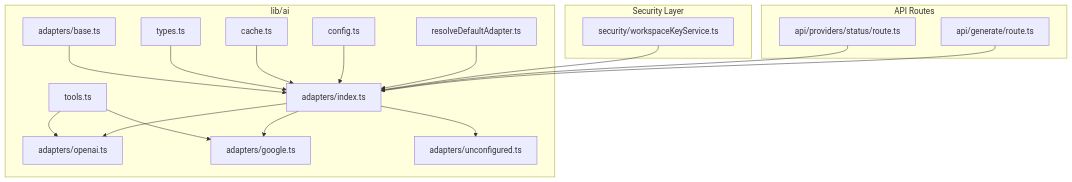
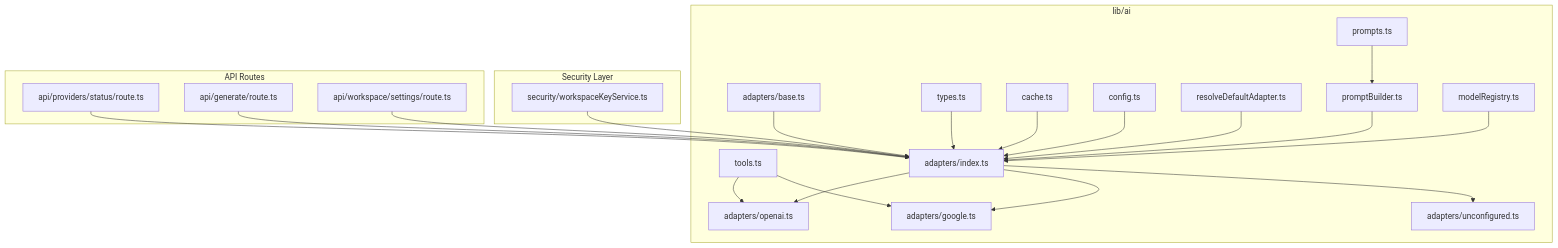
The first of 9 diagrams in .qoder/repowiki/en/content/Architecture & Design/Layered Architecture/Business Logic Layer/AI Provider Adapter System.md (shekhargiri005-dotcom/AI-powered-accessibility-first-UI-engine), drawn with Mermaid before and after one commit. The commit also changed other lines of this file and 24 other files, not shown here.

````diff
--- a/.qoder/repowiki/en/content/Architecture & Design/Layered Architecture/Business Logic Layer/AI Provider Adapter System.md
+++ b/.qoder/repowiki/en/content/Architecture & Design/Layered Architecture/Business Logic Layer/AI Provider Adapter System.md
@@ -55,35 +59,43 @@
 ```mermaid
 graph TB
 subgraph "lib/ai"
 BASE["adapters/base.ts"]
 TYPES["types.ts"]
 TOOLS["tools.ts"]
 CACHE["cache.ts"]
 IDX["adapters/index.ts"]
 OA["adapters/openai.ts"]
 GA["adapters/google.ts"]
 UCA["adapters/unconfigured.ts"]
 CFG["config.ts"]
 RDA["resolveDefaultAdapter.ts"]
+PROMPTS["prompts.ts"]
+PB["promptBuilder.ts"]
+MR["modelRegistry.ts"]
 end
 subgraph "Security Layer"
 WK["security/workspaceKeyService.ts"]
 end
 subgraph "API Routes"
 PS["api/providers/status/route.ts"]
 GR["api/generate/route.ts"]
+WS["api/workspace/settings/route.ts"]
 end
 BASE --> IDX
 TYPES --> IDX
 TOOLS --> OA
 TOOLS --> GA
 CACHE --> IDX
 IDX --> OA
 IDX --> GA
 IDX --> UCA
 CFG --> IDX
 RDA --> IDX
 WK --> IDX
 PS --> IDX
 GR --> IDX
+WS --> IDX
+PROMPTS --> PB
+PB --> IDX
+MR --> IDX
 ```
````
